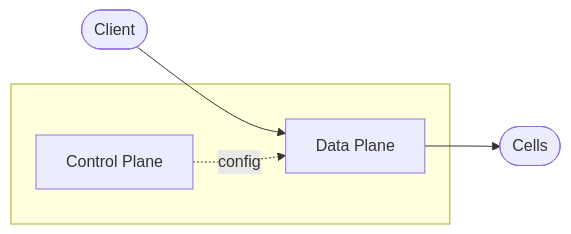
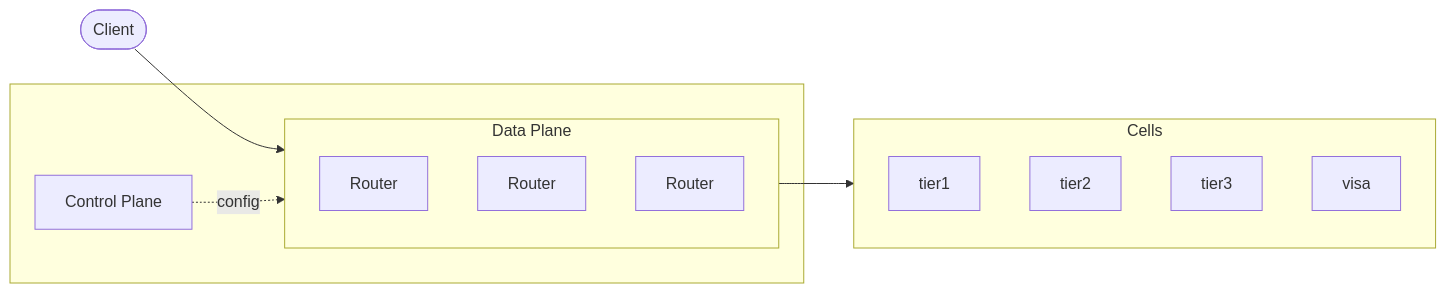
Before and after one commit to gvquiroz/cell-routing-from-scratch: the diagram in README.md, drawn with Mermaid.

Commit message:
add more data planes

````diff
--- a/README.md
+++ b/README.md
@@ -3,10 +3,21 @@
 ```mermaid
 flowchart LR
-    Client([Client]) --> Router
+    Client([Client]) --> DP
     
     subgraph plane[" "]
-        CP[Control Plane] -.->|config| Router[Data Plane]
+        CP[Control Plane] -.->|config| DP
+        subgraph DP[Data Plane]
+            R1[Router]
+            R2[Router]
+            R3[Router]
+        end
     end
     
-    Router --> Cells([Cells])
+    DP --> Cells
+    subgraph Cells
+        tier1
+        tier2
+        tier3
+        visa
+    end
 ```
````
